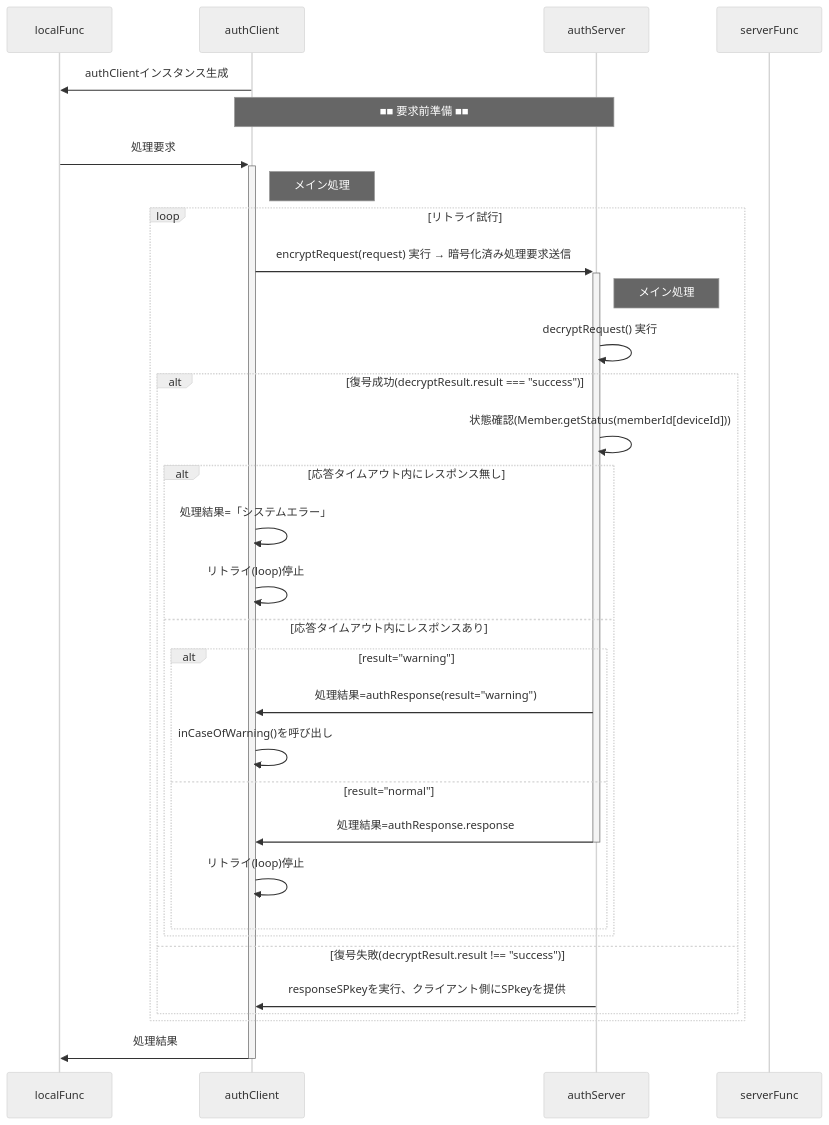
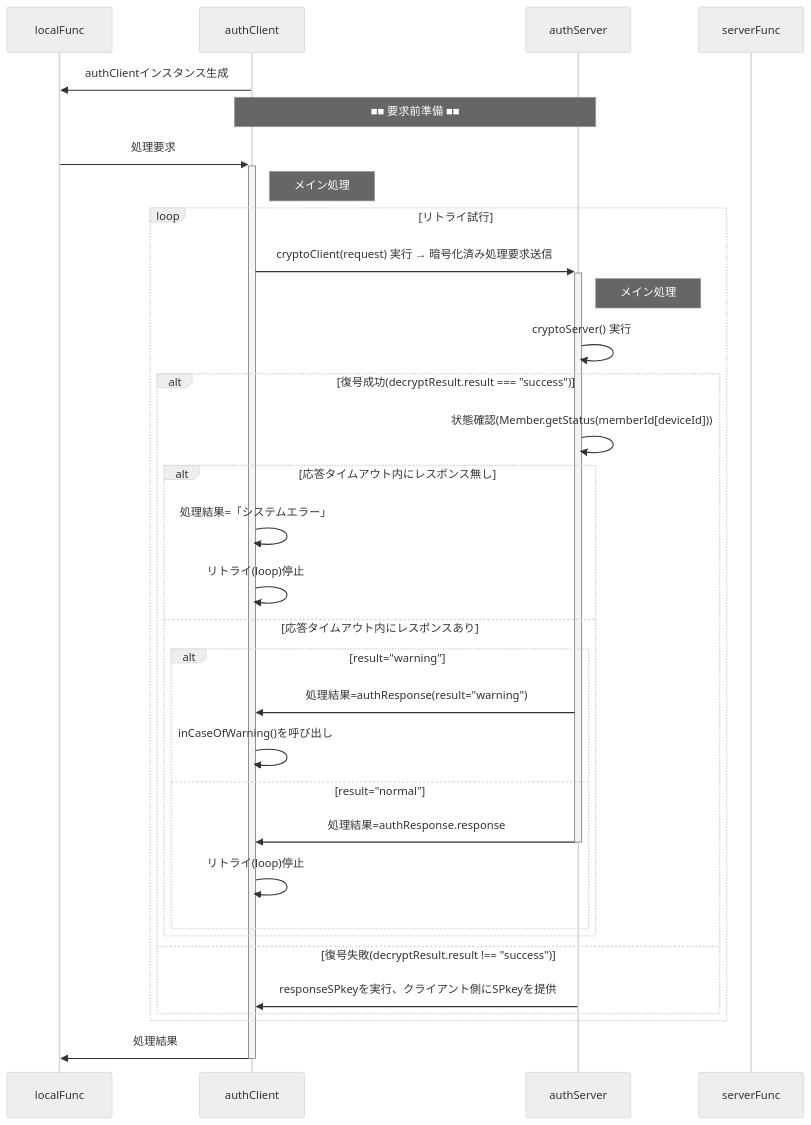
The first of 4 diagrams in underDev/Auth/question.md (nakaone/library), drawn with Mermaid (neutral theme) before and after one commit. The commit also changed other lines of this file and 11 other files, not shown here.

Commit message:
"decryptRequest"⇒"cryptoServer","encryptRequest"⇒"cryptoClient"に名称変更

````diff
--- a/underDev/Auth/question.md
+++ b/underDev/Auth/question.md
@@ -76,43 +76,43 @@
 ```mermaid
 sequenceDiagram
   %%actor user
   participant localFunc
   %%participant clientMail
-  %%participant encryptRequest
+  %%participant cryptoClient
   %%participant IndexedDB
   participant authClient
   participant authServer
   %%participant memberList
-  %%participant decryptRequest
+  %%participant cryptoServer
   participant serverFunc
   %%actor admin
 
   authClient->>localFunc: authClientインスタンス生成
   Note over authClient,authServer: ■■ 要求前準備 ■■
   localFunc->>+authClient: 処理要求
   Note right of authClient: メイン処理
 
   loop リトライ試行
-    authClient->>+authServer: encryptRequest(request) 実行 → 暗号化済み処理要求送信
+    authClient->>+authServer: cryptoClient(request) 実行 → 暗号化済み処理要求送信
     Note right of authServer: メイン処理
-    authServer->>authServer: decryptRequest() 実行
+    authServer->>authServer: cryptoServer() 実行
     alt 復号成功(decryptResult.result === "success")
       authServer->>authServer: 状態確認(Member.getStatus(memberId[deviceId]))
       alt 応答タイムアウト内にレスポンス無し
         authClient->>authClient: 処理結果=「システムエラー」
         authClient->>authClient: リトライ(loop)停止
       else 応答タイムアウト内にレスポンスあり
         alt result="warning"
           authServer->>authClient: 処理結果=authResponse(result="warning")
           authClient->>authClient: inCaseOfWarning()を呼び出し
         else result="normal"
           authServer->>-authClient: 処理結果=authResponse.response
           authClient->>authClient: リトライ(loop)停止
         end
       end
     else 復号失敗(decryptResult.result !== "success")
       authServer->>authClient: responseSPkeyを実行、クライアント側にSPkeyを提供
     end
   end
   authClient->>-localFunc: 処理結果
 ```
````
